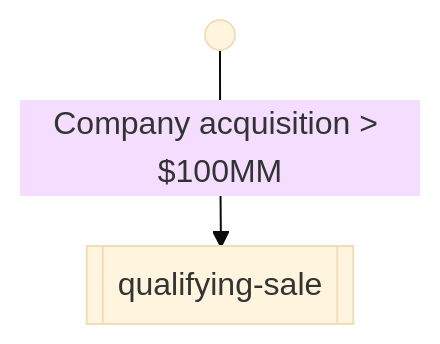
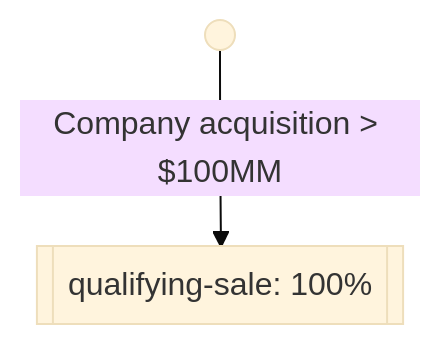
The diagram in docs/schema_markdown/schema/objects/VestingTerms.md (Open-Cap-Table-Coalition/Open-Cap-Format-OCF), drawn with Mermaid (base theme) before and after one commit. The commit also changed other lines of this file and 4 other files, not shown here.

````diff
--- a/docs/schema_markdown/schema/objects/VestingTerms.md
+++ b/docs/schema_markdown/schema/objects/VestingTerms.md
@@ -46,7 +46,7 @@
 ```mermaid
 flowchart TB
   id(( ))
-  sold[[qualifying-sale]]
+  sold[[qualifying-sale: 100%]]
 
   id-->|Company acquisition > $100MM|sold
 ```
````
